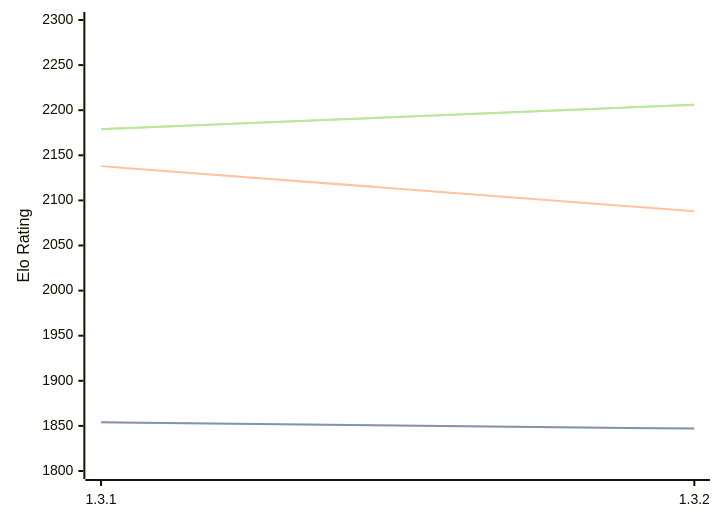
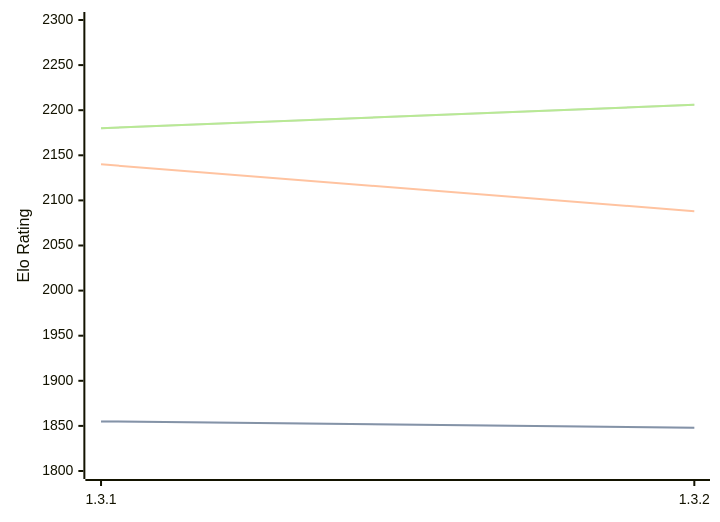
The diagram in engines/Zugblitz.md (computer-chess-index/cci), drawn with Mermaid before and after one commit. The commit also changed other lines of this file, not shown here.

Commit message:
Update CCI Ratings (ELO VLTC) - 2026-08-21

````diff
--- a/engines/Zugblitz.md
+++ b/engines/Zugblitz.md
@@ -32,11 +32,11 @@
 ```mermaid
 %%{init: {"theme":"base","themeVariables":{"seriesColors:['#a3a3a3','#222221','#faa371']}}}%%
 xychart-beta
   x-axis ["1.3.1", "1.3.2"]
   y-axis "Elo Rating" 1800 --> 2300
-  line "STC (8.0+0.08s)" [1854, 1847]
-  line "STC (8.0+0.08s)" [1854, 1847]
-  line "LTC (60.0+0.60s)" [2138, 2088]
-  line "VLTC (2m24s+1.12s)" [2179, 2206]
-  line "VLTC (2m24s+1.12s)" [2179, 2206]
+  line "STC (8.0+0.08s)" [1855, 1848]
+  line "STC (8.0+0.08s)" [1855, 1848]
+  line "LTC (60.0+0.60s)" [2140, 2088]
+  line "VLTC (2m24s+1.12s)" [2180, 2206]
+  line "VLTC (2m24s+1.12s)" [2180, 2206]
 ```
````
